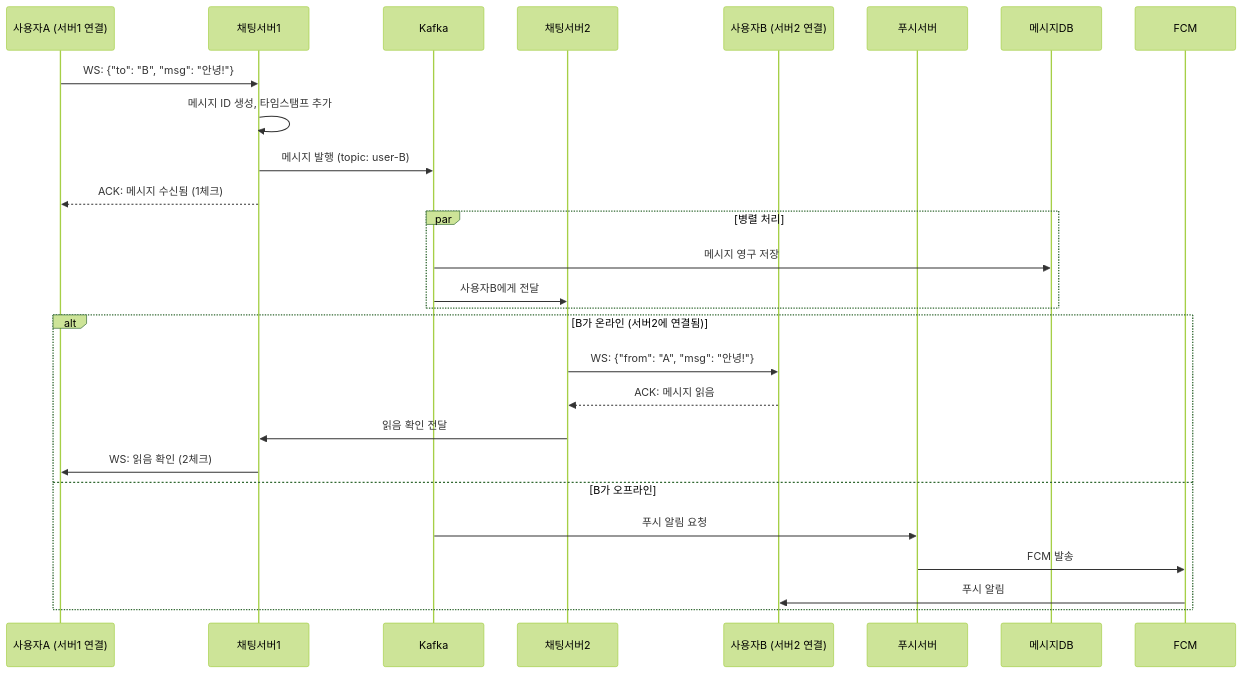
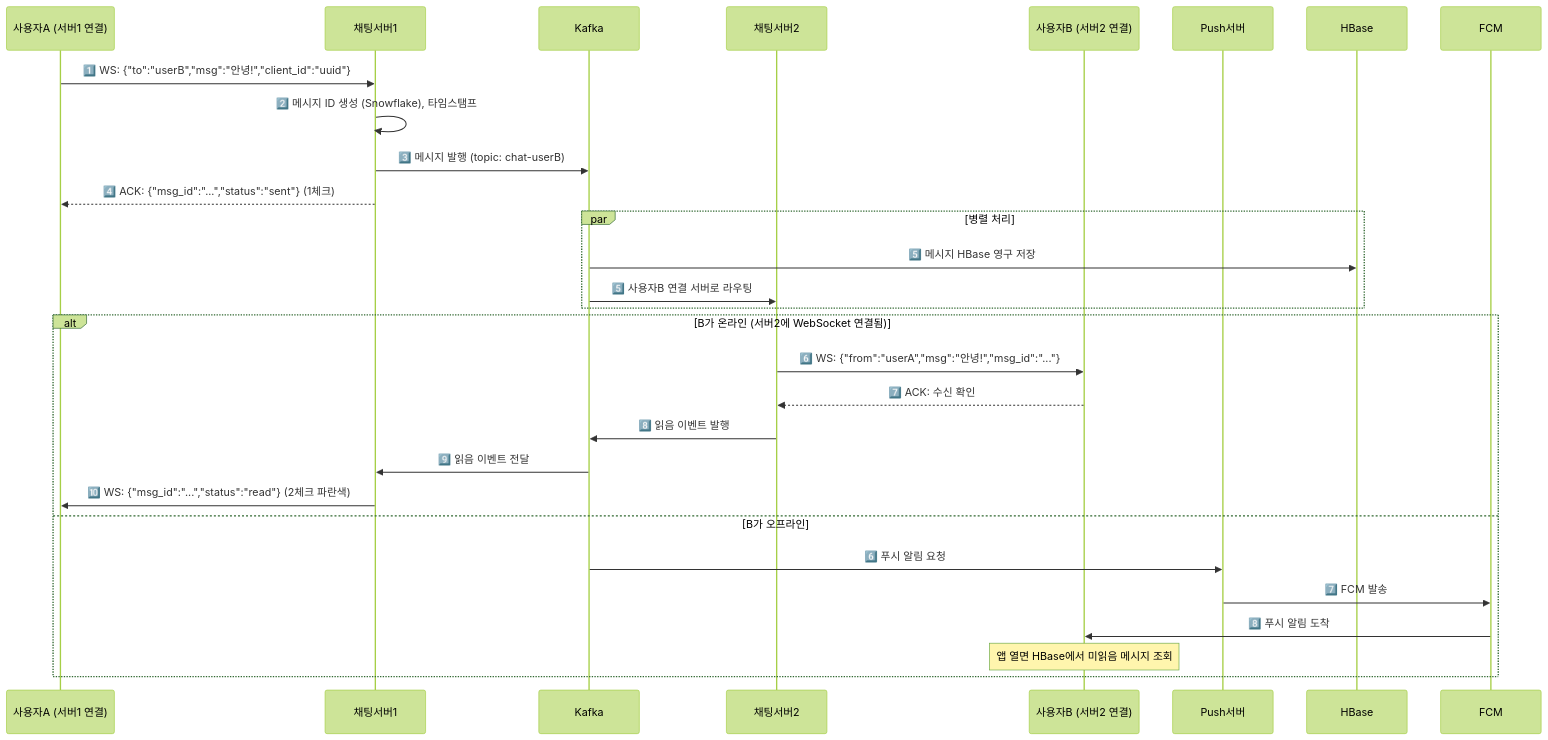
One commit to yjkim2015/yjkim2015.github.io changed the third of 6 diagrams in _posts/systemdesign/2026-05-02-system-design-chat.md. Above: the diagram before and after it, drawn with Mermaid (forest theme). The commit also changed other lines of this file and 32 other files, not shown here.

````diff
--- a/_posts/systemdesign/2026-05-02-system-design-chat.md
+++ b/_posts/systemdesign/2026-05-02-system-design-chat.md
@@ -141,31 +194,33 @@
-```mermaid
+<div class="mermaid">
 sequenceDiagram
     participant A as 사용자A (서버1 연결)
     participant S1 as 채팅서버1
     participant Kafka as Kafka
     participant S2 as 채팅서버2
     participant B as 사용자B (서버2 연결)
-    participant Push as 푸시서버
-    participant DB as 메시지DB
+    participant Push as Push서버
+    participant DB as HBase
 
-    A->>S1: WS: {"to": "B", "msg": "안녕!"}
-    S1->>S1: 메시지 ID 생성, 타임스탬프 추가
-    S1->>Kafka: 메시지 발행 (topic: user-B)
-    S1-->>A: ACK: 메시지 수신됨 (1체크)
+    A->>S1: 1️⃣ WS: {"to":"userB","msg":"안녕!","client_id":"uuid"}
+    S1->>S1: 2️⃣ 메시지 ID 생성 (Snowflake), 타임스탬프
+    S1->>Kafka: 3️⃣ 메시지 발행 (topic: chat-userB)
+    S1-->>A: 4️⃣ ACK: {"msg_id":"...","status":"sent"} (1체크)
 
     par 병렬 처리
-        Kafka->>DB: 메시지 영구 저장
-        Kafka->>S2: 사용자B에게 전달
+        Kafka->>DB: 5️⃣ 메시지 HBase 영구 저장
+        Kafka->>S2: 5️⃣ 사용자B 연결 서버로 라우팅
     end
 
-    alt B가 온라인 (서버2에 연결됨)
-        S2->>B: WS: {"from": "A", "msg": "안녕!"}
-        B-->>S2: ACK: 메시지 읽음
-        S2->>S1: 읽음 확인 전달
-        S1->>A: WS: 읽음 확인 (2체크)
+    alt B가 온라인 (서버2에 WebSocket 연결됨)
+        S2->>B: 6️⃣ WS: {"from":"userA","msg":"안녕!","msg_id":"..."}
+        B-->>S2: 7️⃣ ACK: 수신 확인
+        S2->>Kafka: 8️⃣ 읽음 이벤트 발행
+        Kafka->>S1: 9️⃣ 읽음 이벤트 전달
+        S1->>A: 🔟 WS: {"msg_id":"...","status":"read"} (2체크 파란색)
     else B가 오프라인
-        Kafka->>Push: 푸시 알림 요청
-        Push->>FCM: FCM 발송
-        FCM->>B: 푸시 알림
+        Kafka->>Push: 6️⃣ 푸시 알림 요청
+        Push->>FCM: 7️⃣ FCM 발송
+        FCM->>B: 8️⃣ 푸시 알림 도착
+        Note over B: 앱 열면 HBase에서 미읽음 메시지 조회
     end
-```
+</div>
````
